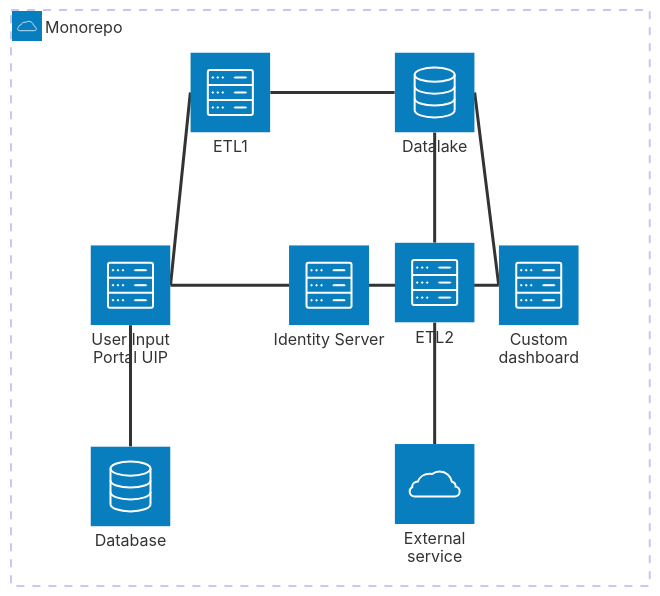
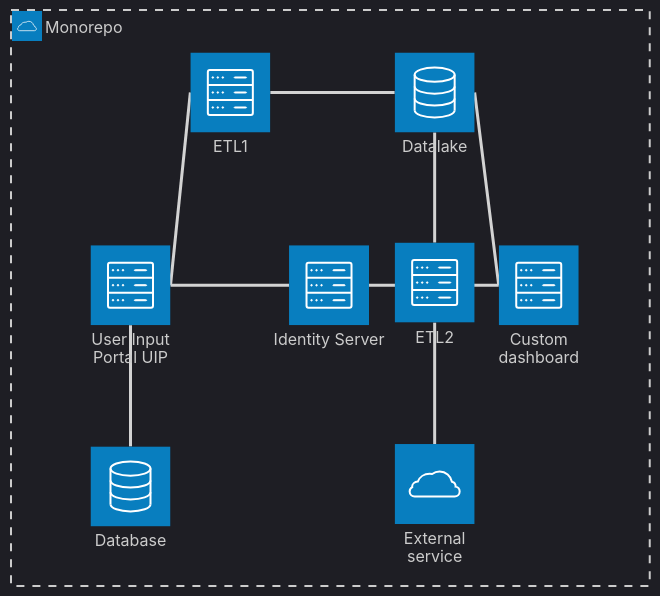
One commit to KFreon/KaelsKabbage changed the seventh of 7 diagrams in content/posts/2025-09-22-strategies-for-multiple-repos-with-coupling/index.md. Above: the diagram before and after it, drawn with Mermaid. The commit also changed other lines of this file, not shown here.

````diff
--- a/content/posts/2025-09-22-strategies-for-multiple-repos-with-coupling/index.md
+++ b/content/posts/2025-09-22-strategies-for-multiple-repos-with-coupling/index.md
@@ -214,22 +245,27 @@
 ```mermaid
+---
+config:
+  theme: 'dark'
+---
+
 architecture-beta
     group all(cloud)[Monorepo]
     service userinputdb(database)[Database] in all
     service userinput(server)[User Input Portal UIP]in all
     service dashboard(server)[Custom dashboard] in all
     service etl1(server)[ETL1] in all
     service etl2(server)[ETL2] in all
     service external1(cloud)[External service] in all
     service dw(database)[Datalake] in all
     service identity(server)[Identity Server] in all
 
 
     userinputdb:T -- B:userinput
     userinput:R -- L:etl1
     external1:T -- B:etl2
     etl1:R -- L:dw
     etl2:T -- B:dw
     dw:R -- L:dashboard
     dashboard:L -- R:identity
     userinput:R -- L:identity
 ```
````
